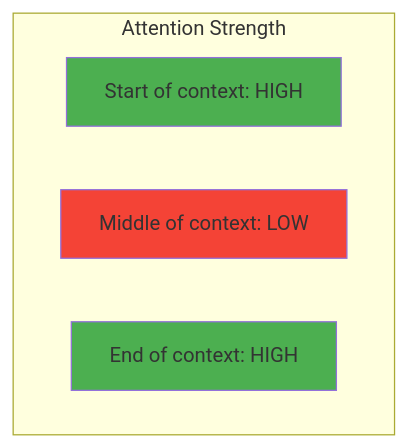
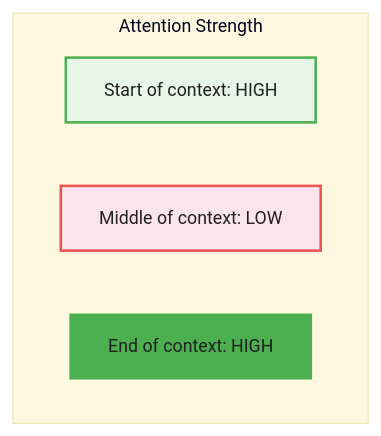
Before and after one commit to m-deane/course-creator: the sixth of 8 diagrams in courses/agentic-ai-llms/modules/module_00_foundations/guides/01_transformer_architecture_slides.md, drawn with Mermaid. The commit also changed other lines of this file and 115 other files, not shown here.

````diff
--- a/courses/agentic-ai-llms/modules/module_00_foundations/guides/01_transformer_architecture_slides.md
+++ b/courses/agentic-ai-llms/modules/module_00_foundations/guides/01_transformer_architecture_slides.md
@@ -345,11 +378,12 @@
 ```mermaid
+%%{init: {"theme": "base", "themeVariables": {"primaryColor": "#e8f5e9", "primaryBorderColor": "#4caf50", "primaryTextColor": "#212121", "secondaryColor": "#e3f2fd", "tertiaryColor": "#fff8e1", "lineColor": "#757575", "fontFamily": "Inter, sans-serif", "fontSize": "14px"}}}%%
 graph TB
     subgraph "Attention Strength"
         A["Start of context: HIGH"]
         B["Middle of context: LOW"]
         C["End of context: HIGH"]
     end
-    style A fill:#4CAF50
-    style B fill:#F44336
+    style A fill:#e8f5e9,stroke:#4caf50,stroke-width:2px
+    style B fill:#fce4ec,stroke:#ef5350,stroke-width:2px
     style C fill:#4CAF50
 ```
````
